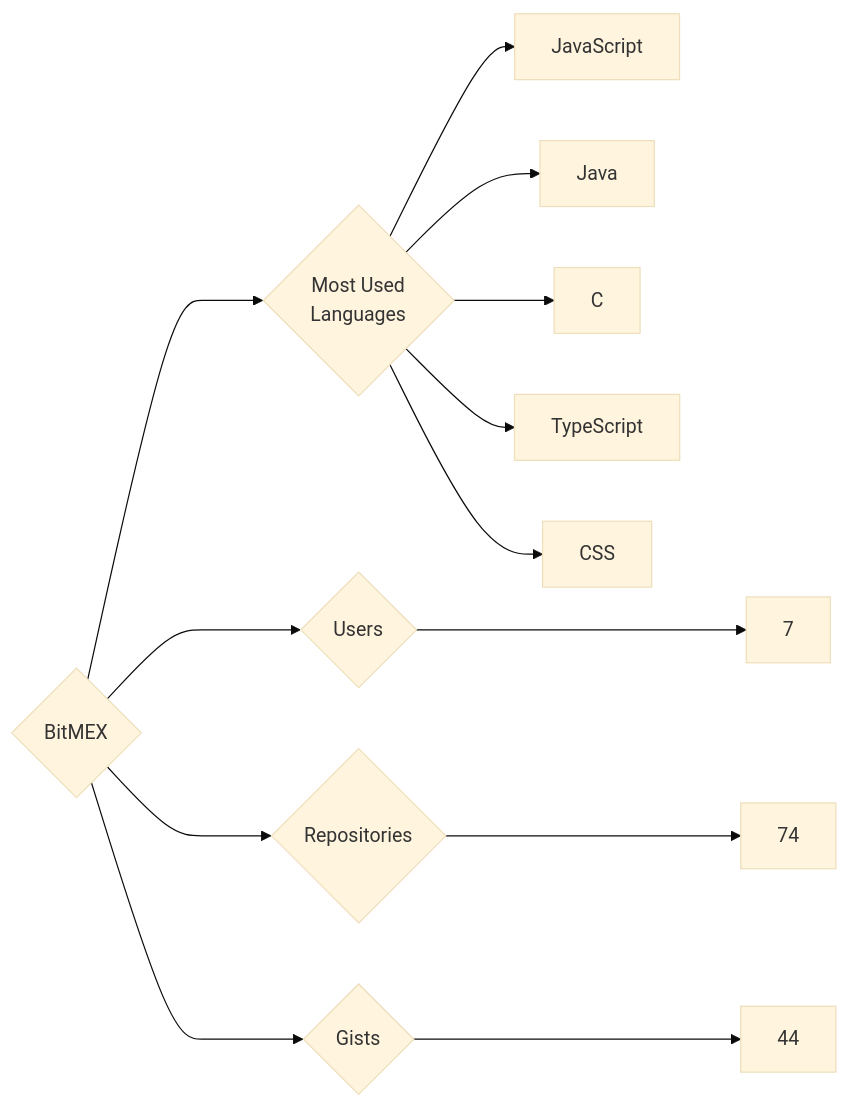
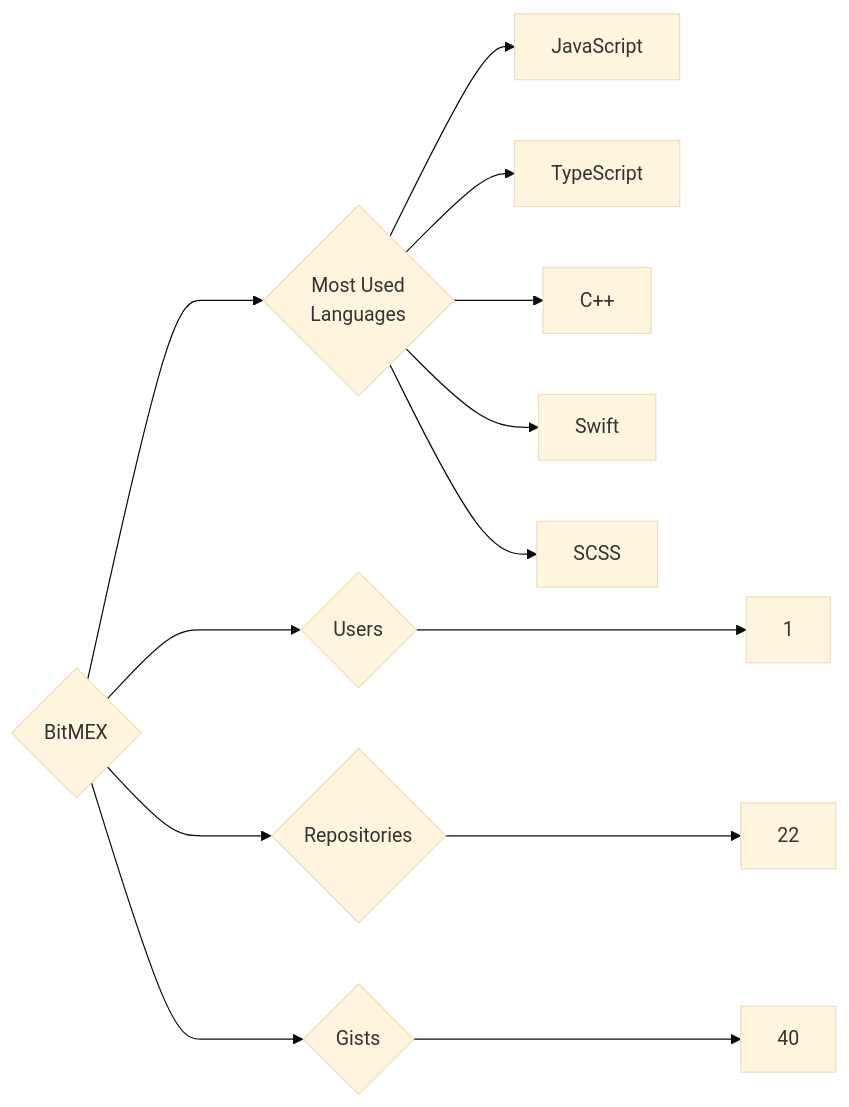
The diagram in targets/BitMEX/README.md (trickest/insiders), drawn with Mermaid (base theme) before and after one commit. The commit also changed 870 other files, not shown here.

````diff
--- a/targets/BitMEX/README.md
+++ b/targets/BitMEX/README.md
@@ -3,13 +3,13 @@
 ```mermaid
 graph LR
 COMPANY_NAME{BitMEX}
-COMPANY_NAME ---> U{Users} ---> UN[7]
-COMPANY_NAME ---> R{Repositories} ---> RN[74]
-COMPANY_NAME ---> G{Gists} ---> GN[44]
+COMPANY_NAME ---> U{Users} ---> UN[1]
+COMPANY_NAME ---> R{Repositories} ---> RN[22]
+COMPANY_NAME ---> G{Gists} ---> GN[40]
 COMPANY_NAME ---> ML{Most Used<br>Languages}
 ML --> JavaScript[JavaScript]
-ML --> Java[Java]
-ML --> C[C]
 ML --> TypeScript[TypeScript]
-ML --> CSS[CSS]
+ML --> C++[C++]
+ML --> Swift[Swift]
+ML --> SCSS[SCSS]
 ```
````
